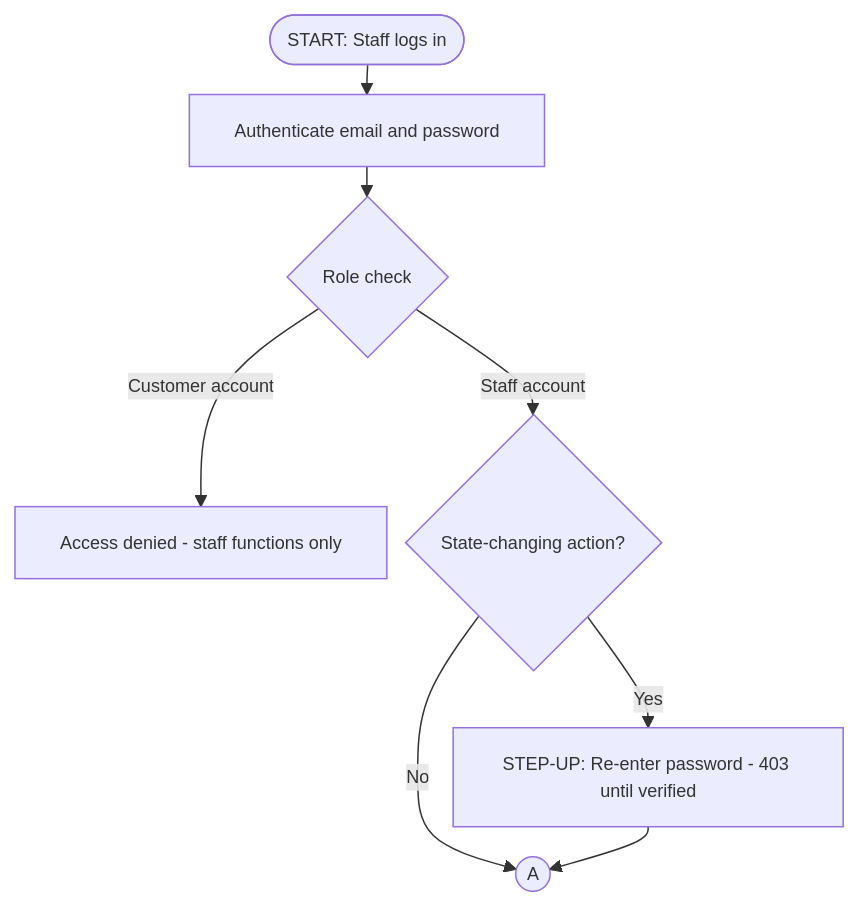
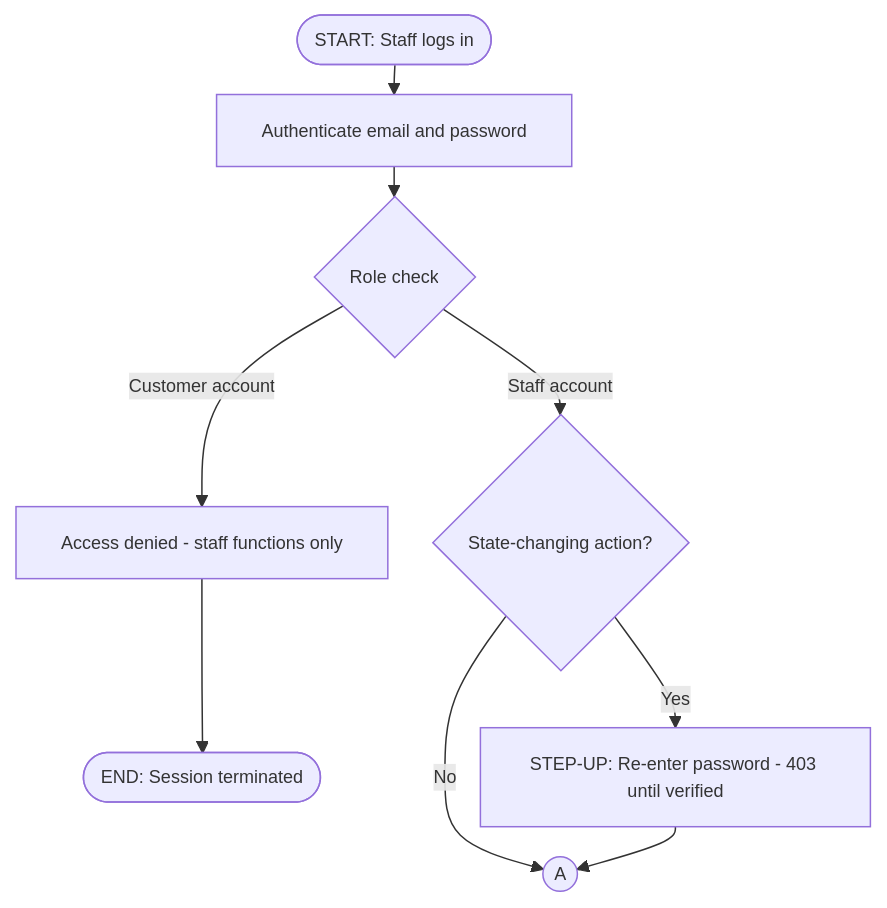
Before and after one commit to banderitax5/whiskers-prototype: the fourth of 7 diagrams in docs/system-flowcharts.md, drawn with Mermaid. The commit also changed other lines of this file, not shown here.

Commit message:
docs: ANSI/ISO 5807 compliant flowcharts - connector C loop, END terminator for denied path

````diff
--- a/docs/system-flowcharts.md
+++ b/docs/system-flowcharts.md
@@ -77,11 +88,12 @@
 ```mermaid
 %%{init: {"flowchart": {"nodeSpacing": 12, "rankSpacing": 20}, "themeVariables": {"fontSize": "12px"}}}%%
 flowchart TD
     S(["START: Staff logs in"]) --> AU["Authenticate email and password"]
     AU --> RC{"Role check"}
     RC -- "Customer account" --> DENY["Access denied - staff functions only"]
+    DENY --> ED(["END: Session terminated"])
     RC -- "Staff account" --> SU{"State-changing action?"}
     SU -- Yes --> ST["STEP-UP: Re-enter password - 403 until verified"]
     SU -- No --> KA(("A"))
     ST --> KA
 ```
````
